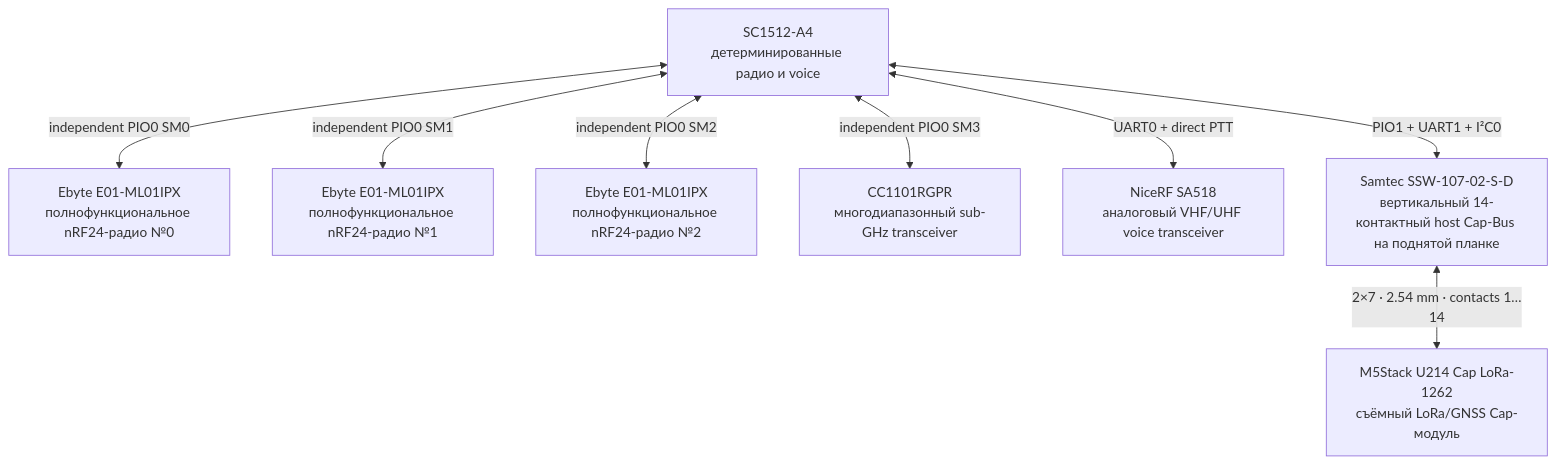
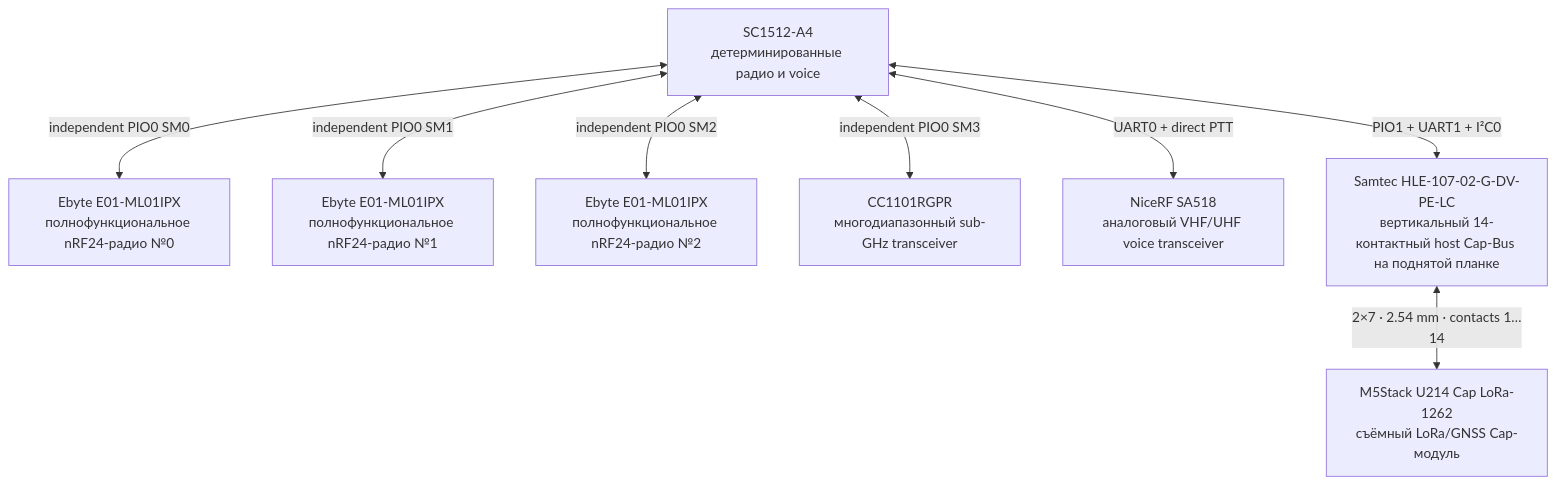
One commit to anton-vinogradov/esp32-leshy2 changed the fourth of 10 diagrams in README.ru.md. Above: the diagram before and after it, drawn with Mermaid. The commit also changed other lines of this file and 26 other files, not shown here.

````diff
--- a/README.ru.md
+++ b/README.ru.md
@@ -218,18 +218,18 @@
 ```mermaid
 flowchart TD
 RP["SC1512-A4<br/>детерминированные радио и voice"]
 NRF0["Ebyte E01-ML01IPX<br/>полнофункциональное nRF24-радио №0"]
 NRF1["Ebyte E01-ML01IPX<br/>полнофункциональное nRF24-радио №1"]
 NRF2["Ebyte E01-ML01IPX<br/>полнофункциональное nRF24-радио №2"]
 CC["CC1101RGPR<br/>многодиапазонный sub-GHz transceiver"]
 VOICE["NiceRF SA518<br/>аналоговый VHF/UHF voice transceiver"]
-U214_CONNECTOR["Samtec SSW-107-02-S-D<br/>вертикальный 14-контактный host Cap-Bus на поднятой планке"]
+U214_CONNECTOR["Samtec HLE-107-02-G-DV-PE-LC<br/>вертикальный 14-контактный host Cap-Bus на поднятой планке"]
 U214["M5Stack U214 Cap LoRa-1262<br/>съёмный LoRa/GNSS Cap-модуль"]
   RP <-->|"independent PIO0 SM0"| NRF0
   RP <-->|"independent PIO0 SM1"| NRF1
   RP <-->|"independent PIO0 SM2"| NRF2
   RP <-->|"independent PIO0 SM3"| CC
   RP <-->|"UART0 + direct PTT"| VOICE
   RP <-->|"PIO1 + UART1 + I²C0"| U214_CONNECTOR
   U214_CONNECTOR <-->|"2×7 · 2.54 mm · contacts 1…14"| U214
 ```
````
